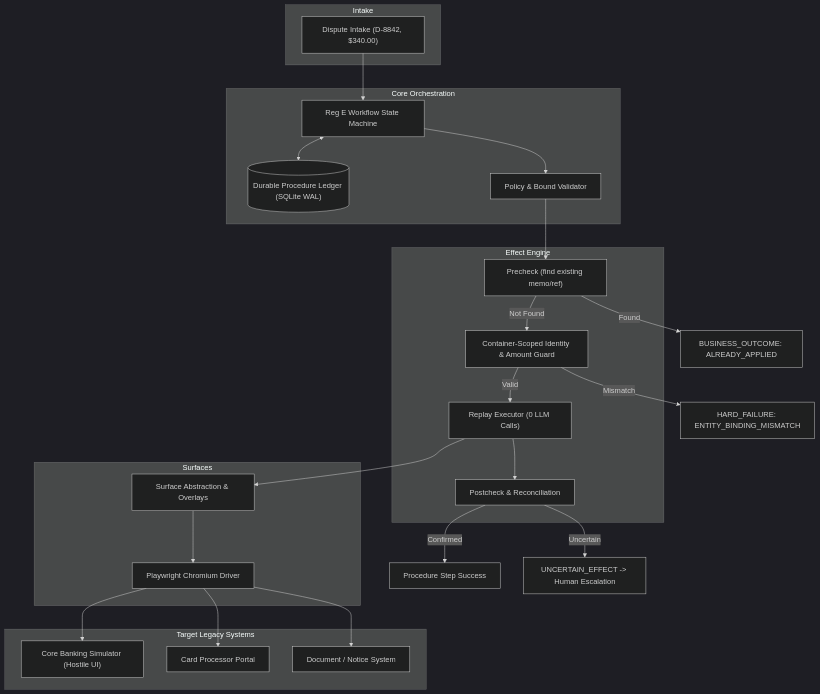
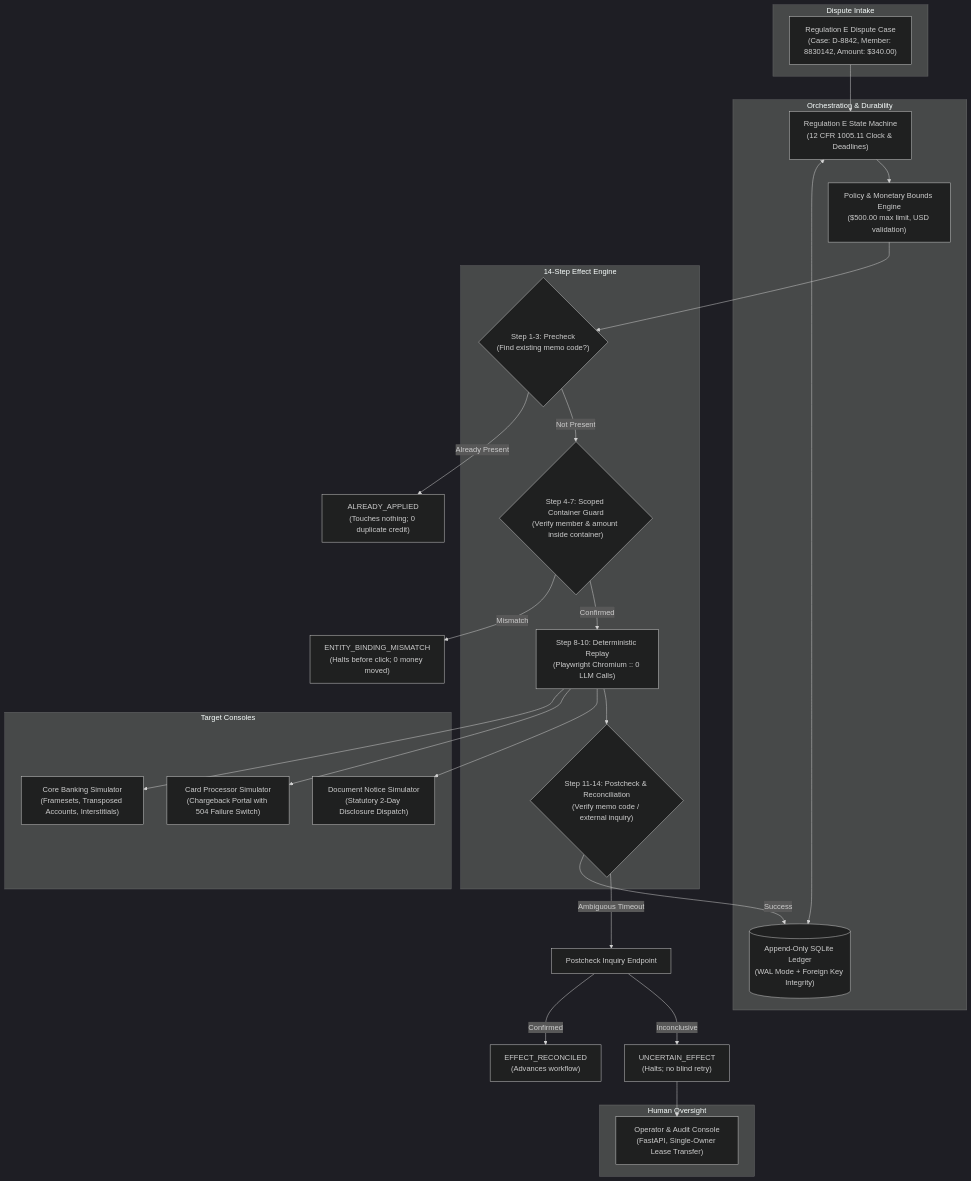
One commit to baltejgoud/Tandem- changed the diagram in README.md. Above: the diagram before and after it, drawn with Mermaid (dark theme). The commit also changed other lines of this file and 8 other files, not shown here.

````diff
--- a/README.md
+++ b/README.md
@@ -32,47 +43,47 @@
 ```mermaid
 flowchart TD
-    subgraph Intake
-        Case["Dispute Intake (D-8842, $340.00)"]
+    subgraph Dispute Intake
+        Inbound["Regulation E Dispute Case<br/>(Case: D-8842, Member: 8830142, Amount: $340.00)"]
     end
 
-    subgraph Core Orchestration
-        SM["Reg E Workflow State Machine"]
-        Ledger[("Durable Procedure Ledger (SQLite WAL)")]
-        Policy["Policy & Bound Validator"]
+    subgraph Orchestration & Durability
+        StateMachine["Regulation E State Machine<br/>(12 CFR 1005.11 Clock & Deadlines)"]
+        Ledger[("Append-Only SQLite Ledger<br/>(WAL Mode + Foreign Key Integrity)")]
+        Policy["Policy & Monetary Bounds Engine<br/>($500.00 max limit, USD validation)"]
     end
 
-    subgraph Effect Engine
-        Pre["Precheck (find existing memo/ref)"]
-        Guard["Container-Scoped Identity & Amount Guard"]
-        Exec["Replay Executor (0 LLM Calls)"]
-        Post["Postcheck & Reconciliation"]
+    subgraph 14-Step Effect Engine
+        Precheck{"Step 1-3: Precheck<br/>(Find existing memo code?)"}
+        ScopedGuard{"Step 4-7: Scoped Container Guard<br/>(Verify member & amount inside container)"}
+        DeterministicReplay["Step 8-10: Deterministic Replay<br/>(Playwright Chromium :: 0 LLM Calls)"]
+        Postcheck{"Step 11-14: Postcheck & Reconciliation<br/>(Verify memo code / external inquiry)"}
     end
 
-    subgraph Surfaces
-        Surface["Surface Abstraction & Overlays"]
-        Playwright["Playwright Chromium Driver"]
+    subgraph Target Consoles
+        CoreBank["Core Banking Simulator<br/>(Framesets, Transposed Accounts, Interstitials)"]
+        Processor["Card Processor Simulator<br/>(Chargeback Portal with 504 Failure Switch)"]
+        Notice["Document Notice Simulator<br/>(Statutory 2-Day Disclosure Dispatch)"]
     end
 
-    subgraph Target Legacy Systems
-        CoreBank["Core Banking Simulator (Hostile UI)"]
-        Processor["Card Processor Portal"]
-        Docs["Document / Notice System"]
+    subgraph Human Oversight
+        OperatorConsole["Operator & Audit Console<br/>(FastAPI, Single-Owner Lease Transfer)"]
     end
 
-    Case --> SM
-    SM <--> Ledger
-    SM --> Policy
-    Policy --> Pre
-    Pre -->|Not Found| Guard
-    Pre -->|Found| AlreadyApplied["BUSINESS_OUTCOME: ALREADY_APPLIED"]
-    Guard -->|Valid| Exec
-    Guard -->|Mismatch| EntityMismatch["HARD_FAILURE: ENTITY_BINDING_MISMATCH"]
-    Exec --> Surface
-    Surface --> Playwright
-    Playwright --> CoreBank
-    Playwright --> Processor
-    Playwright --> Docs
-    Exec --> Post
-    Post -->|Confirmed| Complete["Procedure Step Success"]
-    Post -->|Uncertain| Uncertain["UNCERTAIN_EFFECT -> Human Escalation"]
+    Inbound --> StateMachine
+    StateMachine <--> Ledger
+    StateMachine --> Policy
+    Policy --> Precheck
+    Precheck -->|Already Present| AlreadyApplied["ALREADY_APPLIED<br/>(Touches nothing; 0 duplicate credit)"]
+    Precheck -->|Not Present| ScopedGuard
+    ScopedGuard -->|Mismatch| EntityMismatch["ENTITY_BINDING_MISMATCH<br/>(Halts before click; 0 money moved)"]
+    ScopedGuard -->|Confirmed| DeterministicReplay
+    DeterministicReplay --> CoreBank
+    DeterministicReplay --> Processor
+    DeterministicReplay --> Notice
+    DeterministicReplay --> Postcheck
+    Postcheck -->|Success| Ledger
+    Postcheck -->|Ambiguous Timeout| Reconciliation["Postcheck Inquiry Endpoint"]
+    Reconciliation -->|Confirmed| Reconciled["EFFECT_RECONCILED<br/>(Advances workflow)"]
+    Reconciliation -->|Inconclusive| Uncertain["UNCERTAIN_EFFECT<br/>(Halts; no blind retry)"]
+    Uncertain --> OperatorConsole
 ```
````
